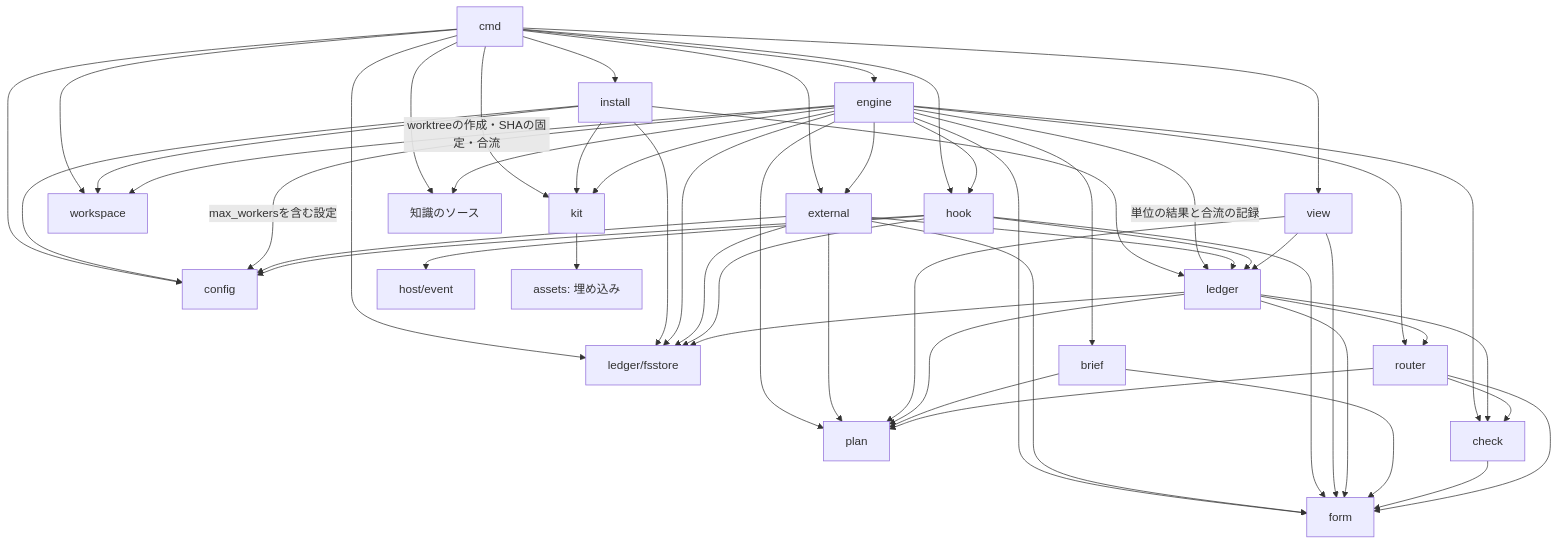
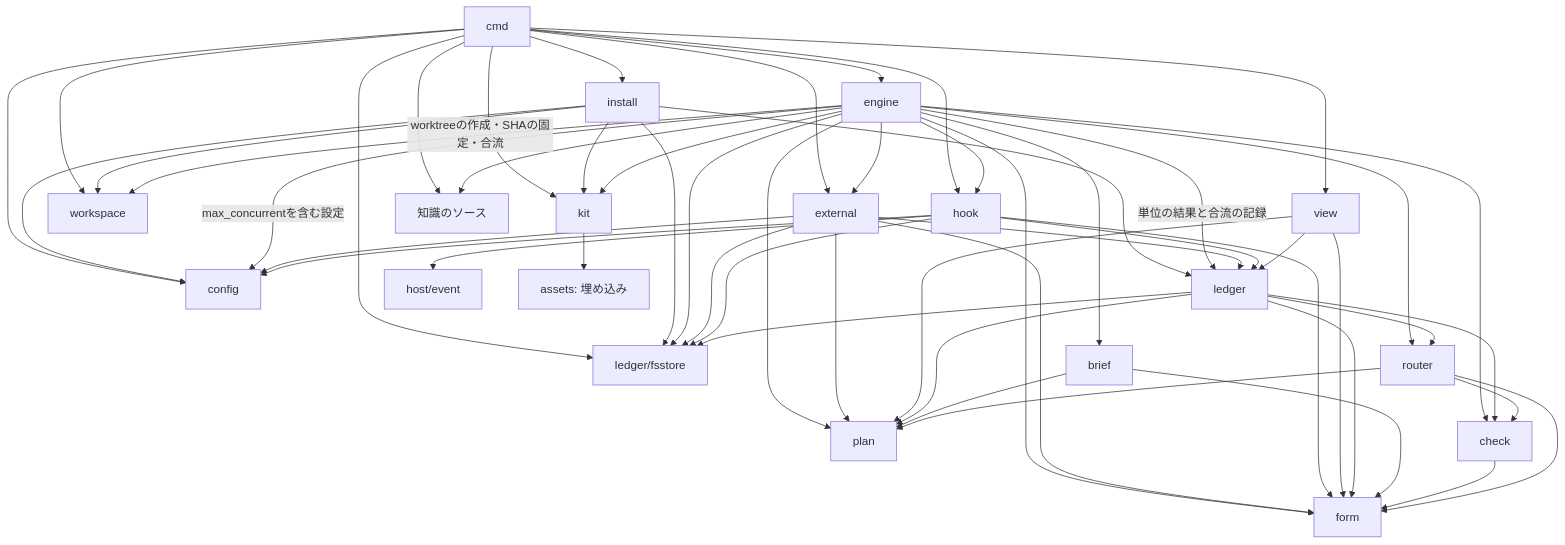
Before and after one commit to ildjenty/dev-kit: the diagram in docs/architecture/modules.md, drawn with Mermaid. The commit also changed other lines of this file and 148 other files, not shown here.

````diff
--- a/docs/architecture/modules.md
+++ b/docs/architecture/modules.md
@@ -274,56 +286,56 @@
 ```mermaid
 graph TD
   cmd --> install
   cmd --> engine
   cmd --> hook
   cmd --> view
   cmd --> fsstore[ledger/fsstore]
   cmd --> workspace
   cmd --> external
   cmd --> config
   cmd --> kit
   cmd --> source[知識のソース]
   install --> config
   install --> kit
   install --> ledger
   install --> workspace
   install --> fsstore
   engine --> plan
   engine --> brief
   engine --> check
   engine --> router
   engine -- 単位の結果と合流の記録 --> ledger
   engine --> form
   engine -- worktreeの作成・SHAの固定・合流 --> workspace
   engine --> external
   engine --> fsstore
-  engine -- max_workersを含む設定 --> config
+  engine -- max_concurrentを含む設定 --> config
   engine --> hook
   engine --> kit
   engine --> source
   external --> ledger
   external --> config
   external --> form
   external --> plan
   external --> fsstore
   hook --> ledger
   hook --> config
   hook --> hostevent[host/event]
   hook --> form
   hook --> fsstore
   view --> ledger
   view --> form
   view --> plan
   ledger --> plan
   ledger --> check
   ledger --> router
   ledger --> form
   ledger --> fsstore
   brief --> plan
   brief --> form
   check --> form
   router --> plan
   router --> check
   router --> form
   kit --> assets[assets: 埋め込み]
 ```
````
